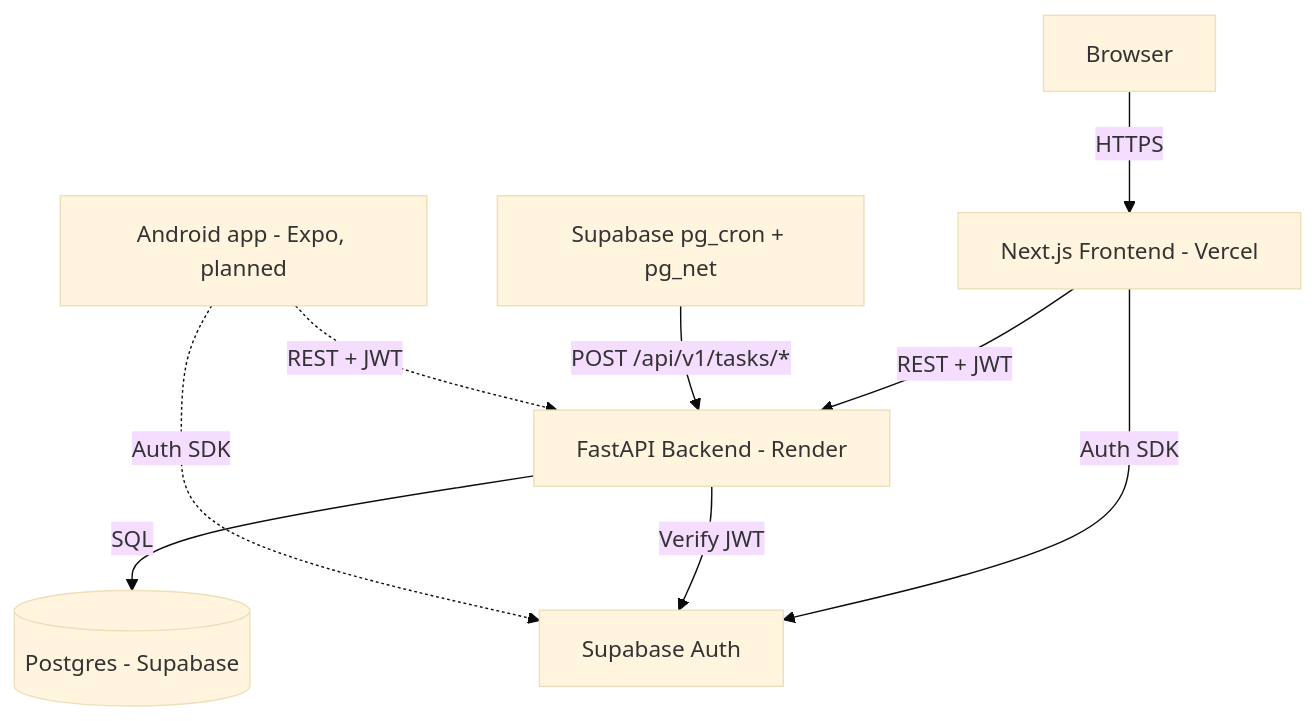
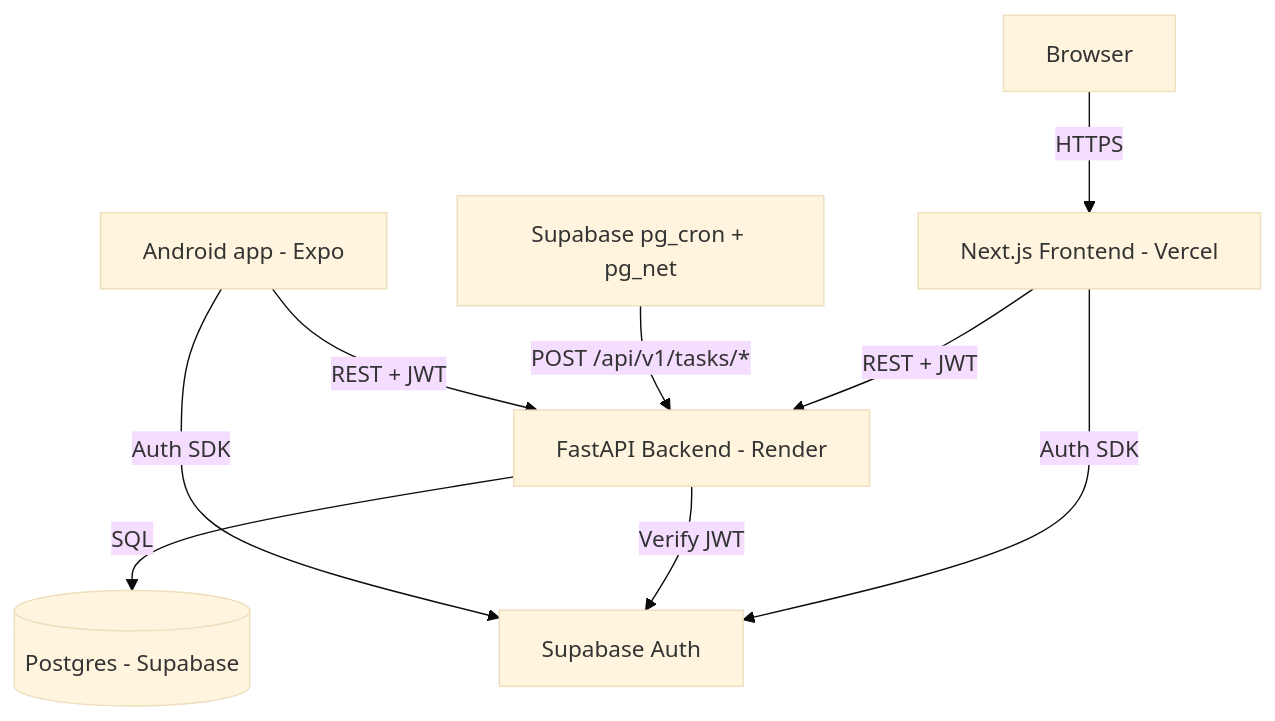
Before and after one commit to tuanduong18/ultimate-tracker: the first of 2 diagrams in DeveloperGuide.md, drawn with Mermaid (base theme). The commit also changed other lines of this file and 56 other files, not shown here.

````diff
--- a/DeveloperGuide.md
+++ b/DeveloperGuide.md
@@ -29,11 +29,11 @@
 ```mermaid
 graph TD
     A[Browser] -->|HTTPS| B[Next.js Frontend - Vercel]
     B -->|REST + JWT| C[FastAPI Backend - Render]
     C -->|SQL| D[(Postgres - Supabase)]
     B -->|Auth SDK| E[Supabase Auth]
     C -->|Verify JWT| E
     F[Supabase pg_cron + pg_net] -->|POST /api/v1/tasks/*| C
-    M[Android app - Expo, planned] -.->|REST + JWT| C
-    M -.->|Auth SDK| E
+    M[Android app - Expo] -->|REST + JWT| C
+    M -->|Auth SDK| E
 ```
````
